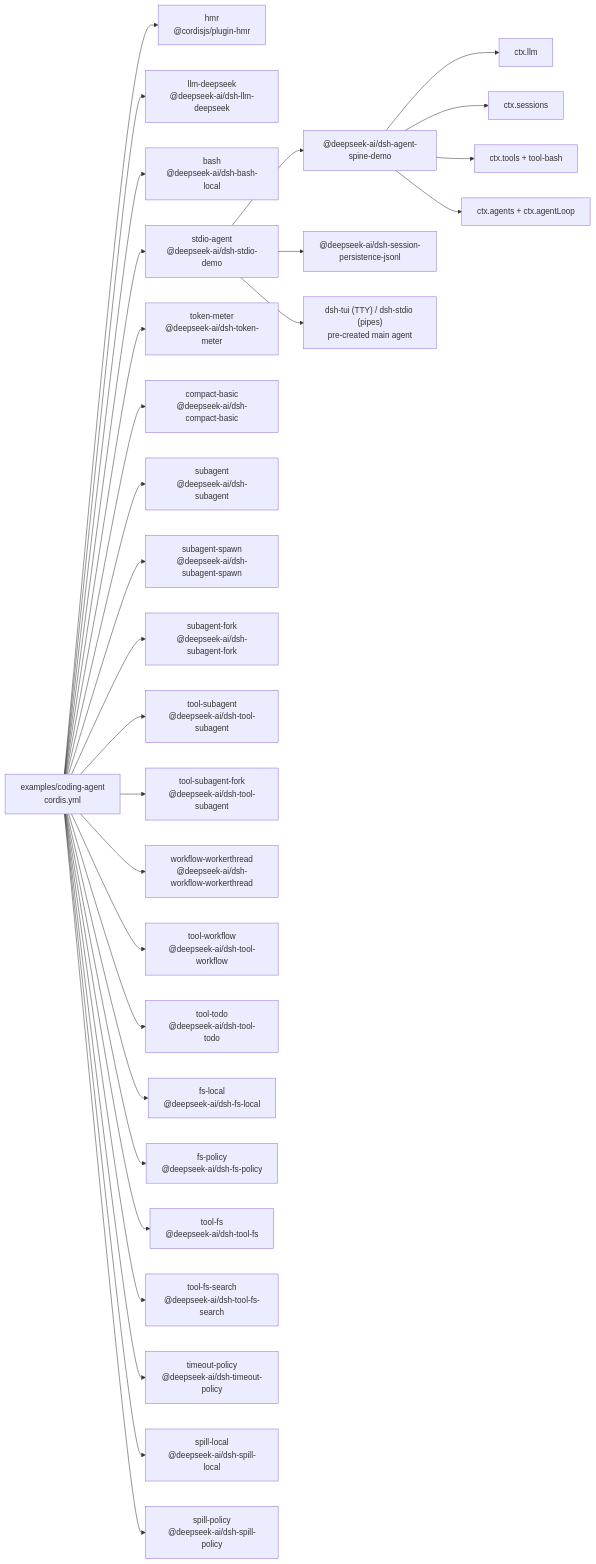
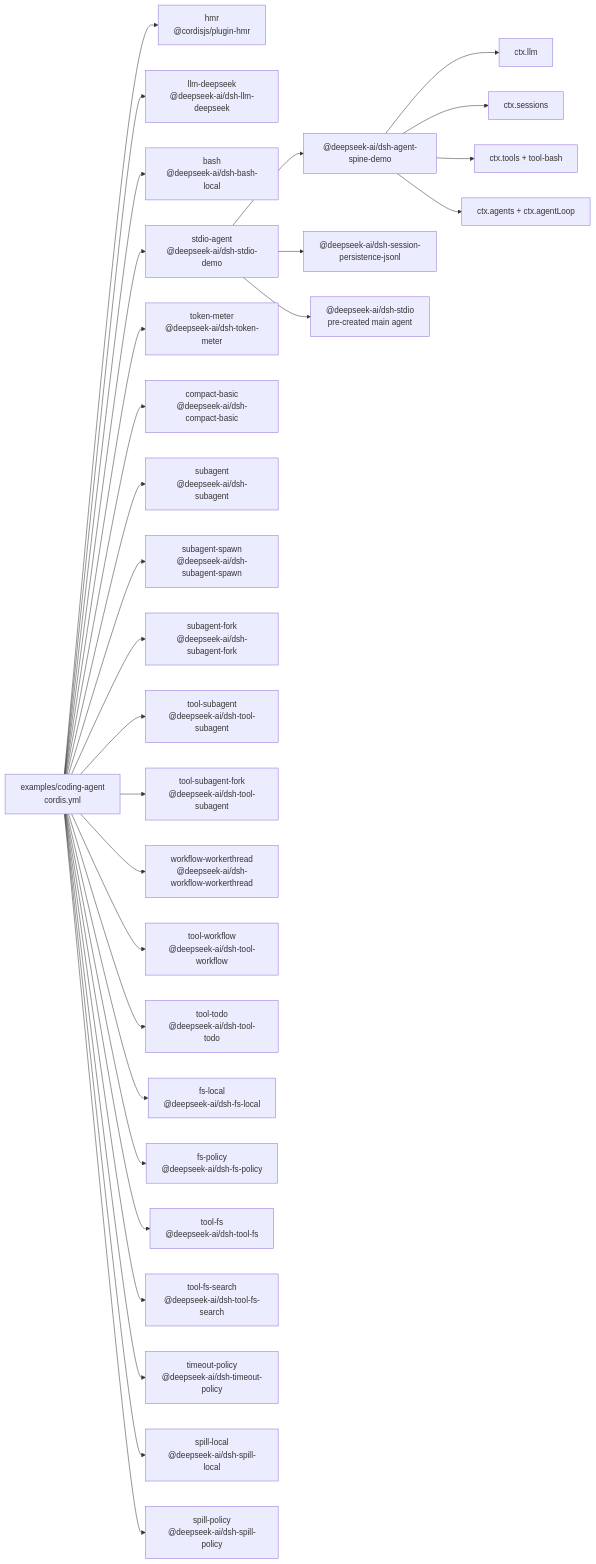
One commit to 007M7/DeepCode changed the diagram in examples/coding-agent/composition.md. Above: the diagram before and after it, drawn with Mermaid. The commit also changed 16 other files, not shown here.

Commit message:
refactor(examples): give TUI its own agent leaf

````diff
--- a/examples/coding-agent/composition.md
+++ b/examples/coding-agent/composition.md
@@ -8,53 +8,53 @@
 ```mermaid
 flowchart LR
   cfg["examples/coding-agent<br/>cordis.yml"]
   plugin_coding_hmr["hmr<br/>@cordisjs/plugin-hmr"]
   cfg --> plugin_coding_hmr
   plugin_coding_llm_deepseek["llm-deepseek<br/>@deepseek-ai/dsh-llm-deepseek"]
   cfg --> plugin_coding_llm_deepseek
   plugin_coding_bash["bash<br/>@deepseek-ai/dsh-bash-local"]
   cfg --> plugin_coding_bash
   plugin_coding_stdio_agent["stdio-agent<br/>@deepseek-ai/dsh-stdio-demo"]
   cfg --> plugin_coding_stdio_agent
   plugin_coding_stdio_agent --> bundle_agent_core["@deepseek-ai/dsh-agent-spine-demo"]
   plugin_coding_stdio_agent --> bundle_jsonl["@deepseek-ai/dsh-session-persistence-jsonl"]
-  plugin_coding_stdio_agent --> frontdoor_stdio["dsh-tui (TTY) / dsh-stdio (pipes)<br/>pre-created main agent"]
+  plugin_coding_stdio_agent --> frontdoor_stdio["@deepseek-ai/dsh-stdio<br/>pre-created main agent"]
   bundle_agent_core --> spine_llm["ctx.llm"]
   bundle_agent_core --> spine_sessions["ctx.sessions"]
   bundle_agent_core --> spine_tools["ctx.tools + tool-bash"]
   bundle_agent_core --> spine_loop["ctx.agents + ctx.agentLoop"]
   plugin_coding_token_meter["token-meter<br/>@deepseek-ai/dsh-token-meter"]
   cfg --> plugin_coding_token_meter
   plugin_coding_compact_basic["compact-basic<br/>@deepseek-ai/dsh-compact-basic"]
   cfg --> plugin_coding_compact_basic
   plugin_coding_subagent["subagent<br/>@deepseek-ai/dsh-subagent"]
   cfg --> plugin_coding_subagent
   plugin_coding_subagent_spawn["subagent-spawn<br/>@deepseek-ai/dsh-subagent-spawn"]
   cfg --> plugin_coding_subagent_spawn
   plugin_coding_subagent_fork["subagent-fork<br/>@deepseek-ai/dsh-subagent-fork"]
   cfg --> plugin_coding_subagent_fork
   plugin_coding_tool_subagent["tool-subagent<br/>@deepseek-ai/dsh-tool-subagent"]
   cfg --> plugin_coding_tool_subagent
   plugin_coding_tool_subagent_fork["tool-subagent-fork<br/>@deepseek-ai/dsh-tool-subagent"]
   cfg --> plugin_coding_tool_subagent_fork
   plugin_coding_workflow_workerthread["workflow-workerthread<br/>@deepseek-ai/dsh-workflow-workerthread"]
   cfg --> plugin_coding_workflow_workerthread
   plugin_coding_tool_workflow["tool-workflow<br/>@deepseek-ai/dsh-tool-workflow"]
   cfg --> plugin_coding_tool_workflow
   plugin_coding_tool_todo["tool-todo<br/>@deepseek-ai/dsh-tool-todo"]
   cfg --> plugin_coding_tool_todo
   plugin_coding_fs_local["fs-local<br/>@deepseek-ai/dsh-fs-local"]
   cfg --> plugin_coding_fs_local
   plugin_coding_fs_policy["fs-policy<br/>@deepseek-ai/dsh-fs-policy"]
   cfg --> plugin_coding_fs_policy
   plugin_coding_tool_fs["tool-fs<br/>@deepseek-ai/dsh-tool-fs"]
   cfg --> plugin_coding_tool_fs
   plugin_coding_tool_fs_search["tool-fs-search<br/>@deepseek-ai/dsh-tool-fs-search"]
   cfg --> plugin_coding_tool_fs_search
   plugin_coding_timeout_policy["timeout-policy<br/>@deepseek-ai/dsh-timeout-policy"]
   cfg --> plugin_coding_timeout_policy
   plugin_coding_spill_local["spill-local<br/>@deepseek-ai/dsh-spill-local"]
   cfg --> plugin_coding_spill_local
   plugin_coding_spill_policy["spill-policy<br/>@deepseek-ai/dsh-spill-policy"]
   cfg --> plugin_coding_spill_policy
 ```
````
